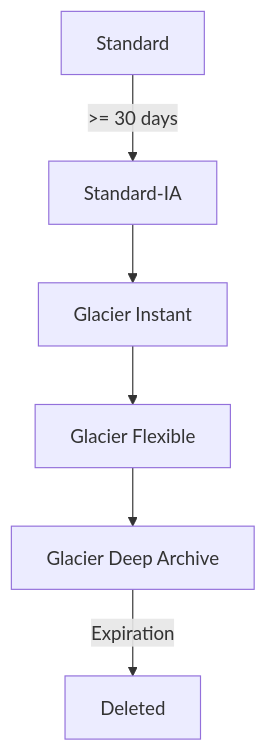
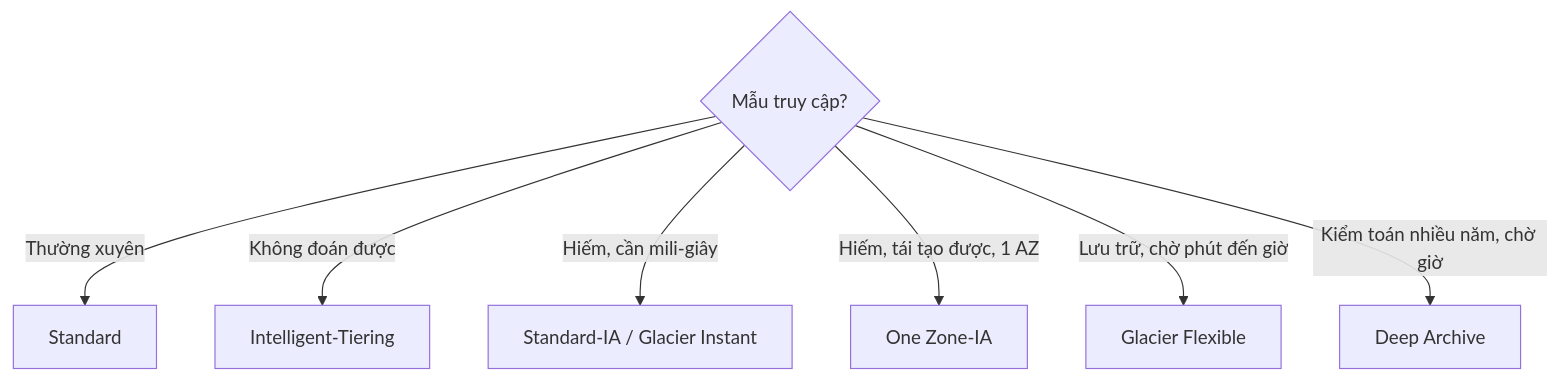
The diagram in src/assets/knowledge/playbooks/aws/s3-storage-classes-lifecycle.md (passion-Infinity/personal-tech-playbook), drawn with Mermaid before and after one commit. The commit also changed other lines of this file and 9 other files, not shown here.

First line of the commit message:
Deep-dive rewrite: IAM, S3 security/versioning/storage/performance, EC2 pricing; validator accepts 300-1100 words and flags missing diagrams

````diff
--- a/src/assets/knowledge/playbooks/aws/s3-storage-classes-lifecycle.md
+++ b/src/assets/knowledge/playbooks/aws/s3-storage-classes-lifecycle.md
@@ -39,8 +34,9 @@
 ```mermaid
 flowchart TD
-    S[Standard] -->|">= 30 days"| IA[Standard-IA]
-    IA --> GIR[Glacier Instant]
-    GIR --> GFR[Glacier Flexible]
-    GFR --> GDA[Glacier Deep Archive]
-    GDA -->|Expiration| DEL[Deleted]
+    D{Mẫu truy cập?} -->|"Thường xuyên"| STD[Standard]
+    D -->|"Không đoán được"| IT[Intelligent-Tiering]
+    D -->|"Hiếm, cần mili-giây"| IA["Standard-IA / Glacier Instant"]
+    D -->|"Hiếm, tái tạo được, 1 AZ"| OZ[One Zone-IA]
+    D -->|"Lưu trữ, chờ phút đến giờ"| GF[Glacier Flexible]
+    D -->|"Kiểm toán nhiều năm, chờ giờ"| DA[Deep Archive]
 ```
````
